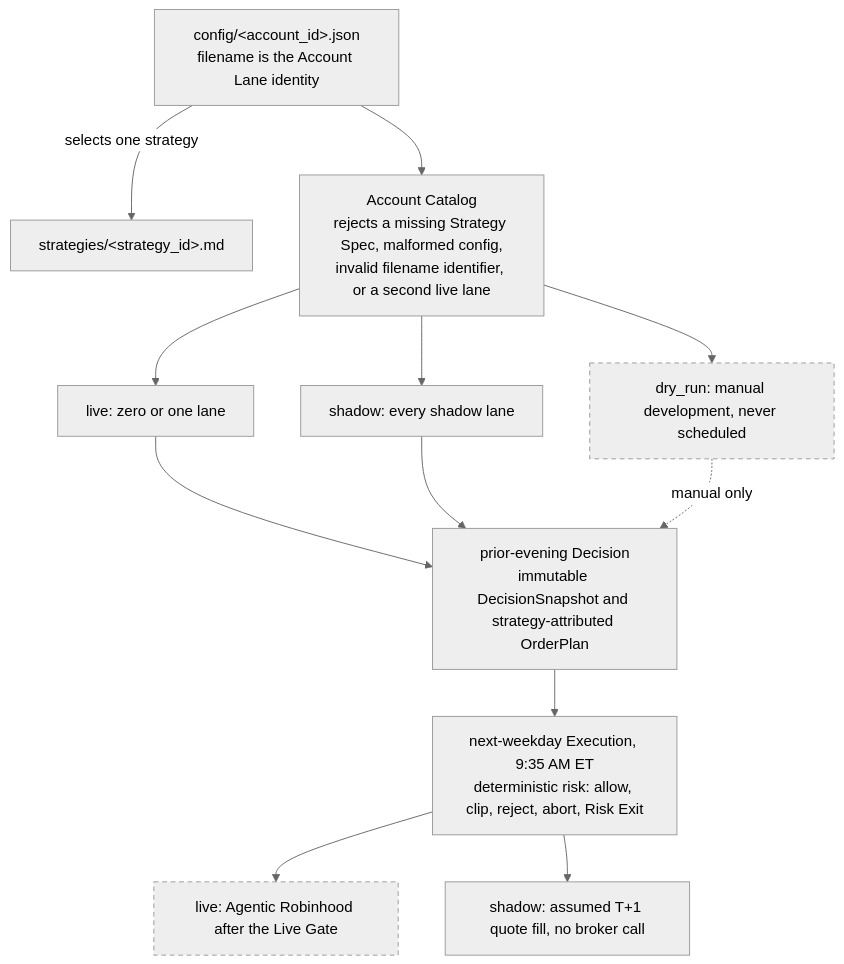
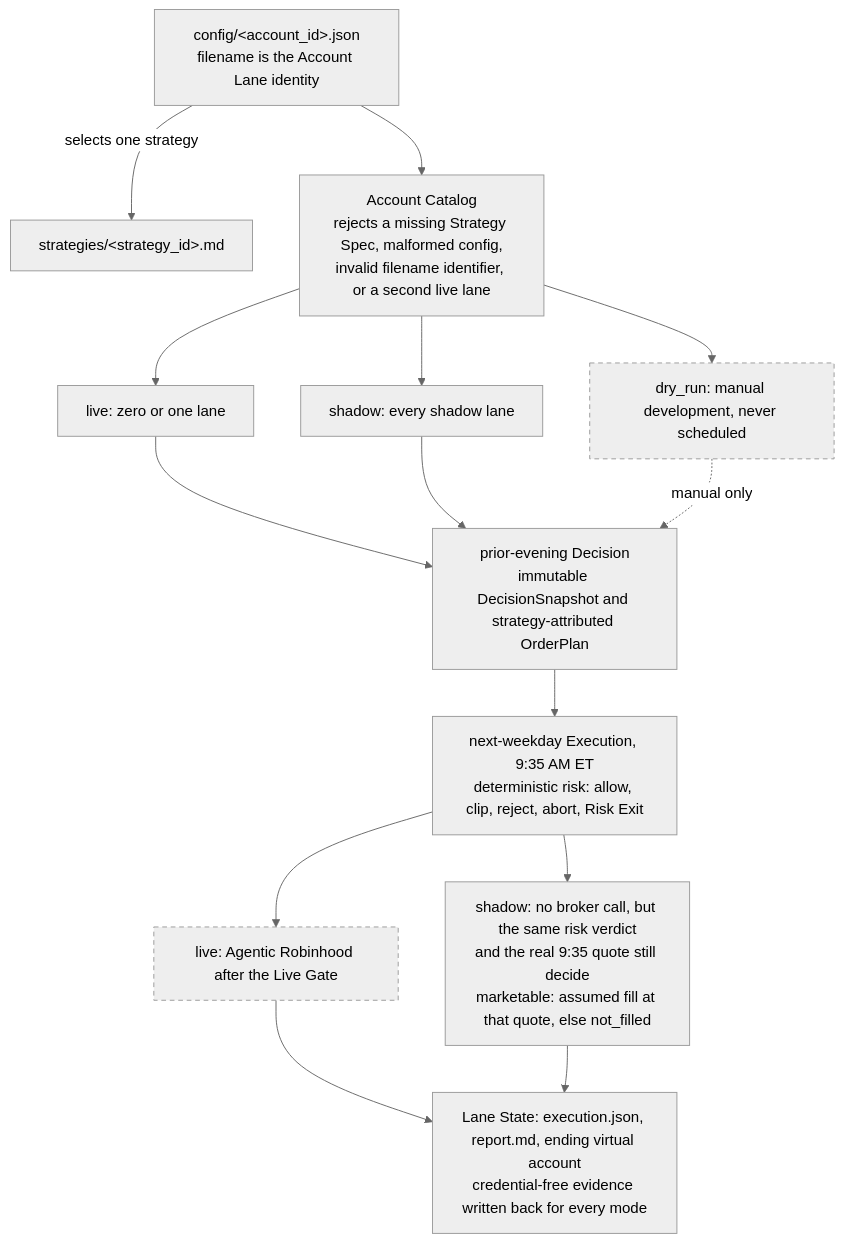
One commit to Alicia1529/ripple-agentic-trading changed the diagram in README.md. Above: the diagram before and after it, drawn with Mermaid (neutral theme). The commit also changed 3 other files, not shown here.

First line of the commit message:
Docs: correct the shadow branch in the system diagrams

````diff
--- a/README.md
+++ b/README.md
@@ -9,26 +9,30 @@
 ```mermaid
 flowchart TD
     CFG["config/&lt;account_id&gt;.json<br/>filename is the Account Lane identity"]
     SPEC["strategies/&lt;strategy_id&gt;.md"]
     CAT["Account Catalog<br/>rejects a missing Strategy Spec, malformed config,<br/>invalid filename identifier, or a second live lane"]
 
     CFG -->|"selects one strategy"| SPEC
     CFG --> CAT
 
     CAT --> LIVE["live: zero or one lane"]
     CAT --> SHDW["shadow: every shadow lane"]
     CAT --> DRY["dry_run: manual development, never scheduled"]
 
     LIVE --> DEC
     SHDW --> DEC
     DRY -.->|"manual only"| DEC
 
     DEC["prior-evening Decision<br/>immutable DecisionSnapshot and strategy-attributed OrderPlan"]
     DEC --> EXE["next-weekday Execution, 9:35 AM ET<br/>deterministic risk: allow, clip, reject, abort, Risk Exit"]
 
     EXE --> L["live: Agentic Robinhood after the Live Gate"]
-    EXE --> S["shadow: assumed T+1 quote fill, no broker call"]
+    EXE --> S["shadow: no broker call, but the same risk verdict<br/>and the real 9:35 quote still decide<br/>marketable: assumed fill at that quote, else not_filled"]
+
+    L --> ST
+    S --> ST
+    ST["Lane State: execution.json, report.md, ending virtual account<br/>credential-free evidence written back for every mode"]
 
     classDef gated stroke-dasharray: 5 4;
     class L,DRY gated;
 ```
````
